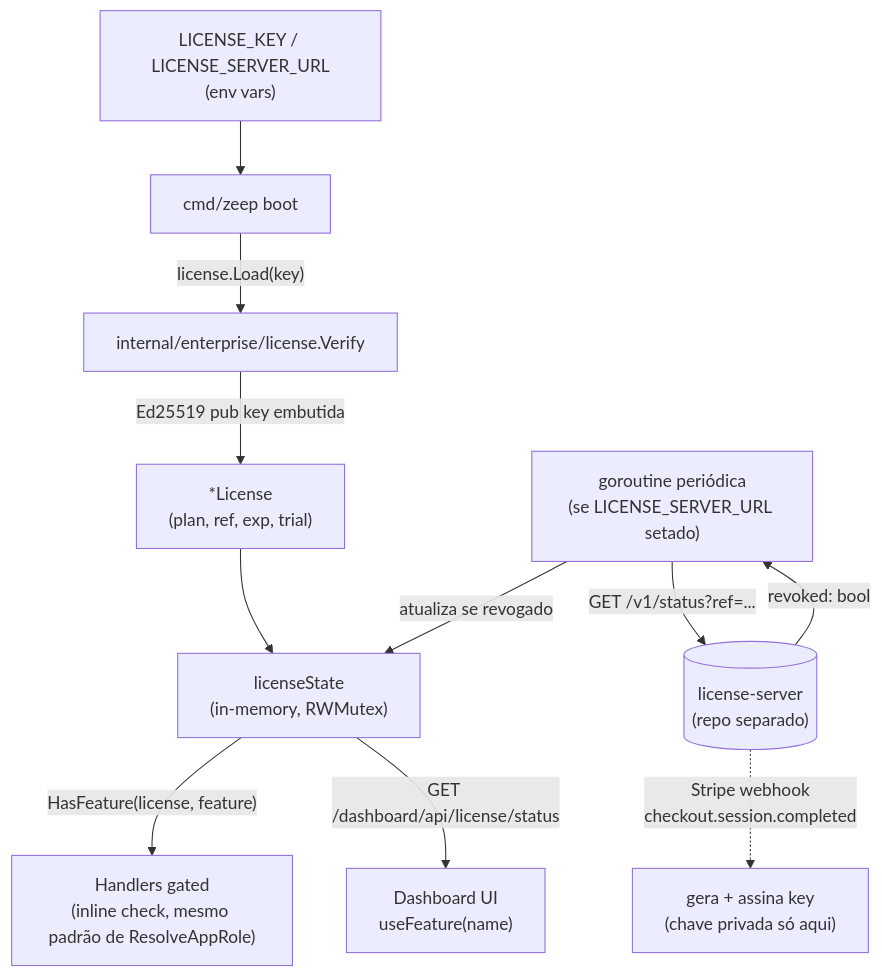
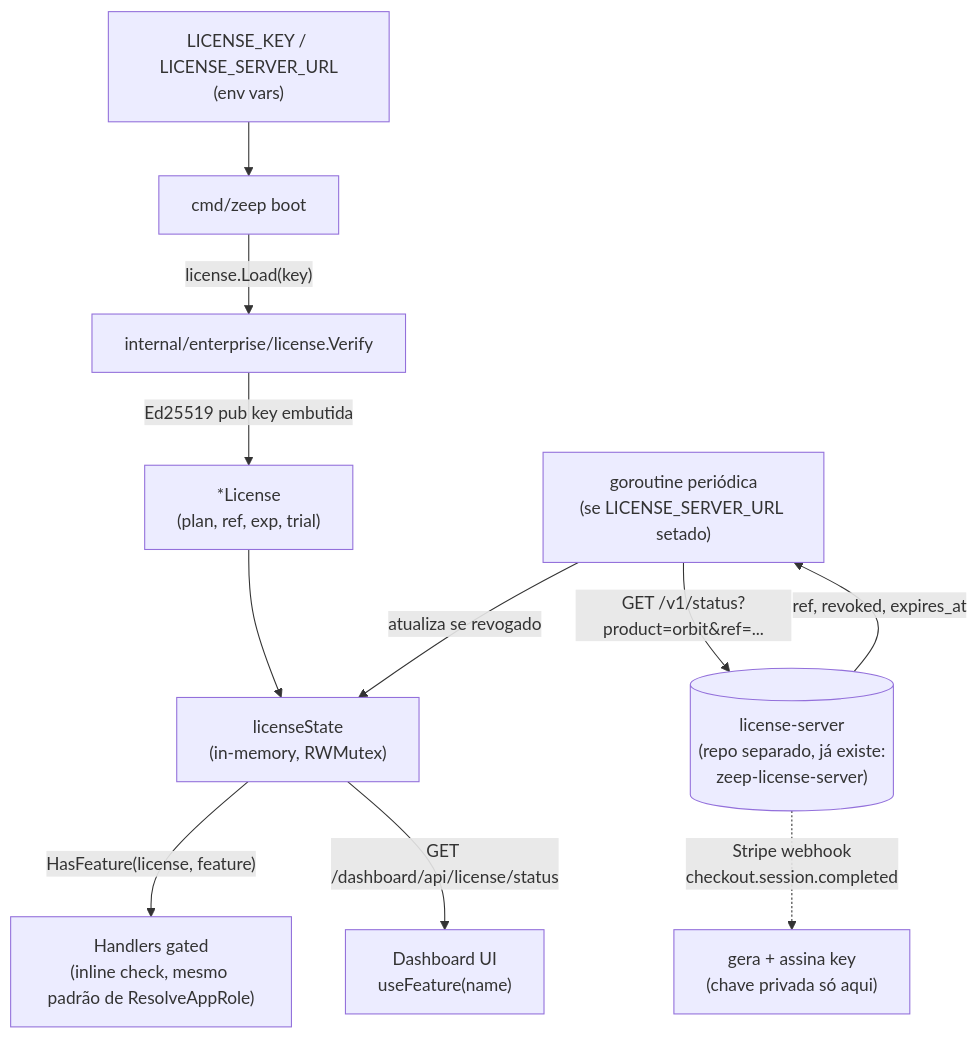
The diagram in .specs/features/enterprise-licensing/design.md (zeeplabs/zeep-orbit), drawn with Mermaid before and after one commit. The commit also changed other lines of this file and 7 other files, not shown here.

First line of the commit message:
docs(enterprise-licensing): update design document with real contract details verified against `zeep-license-server` and clarify license payload structure

````diff
--- a/.specs/features/enterprise-licensing/design.md
+++ b/.specs/features/enterprise-licensing/design.md
@@ -12,13 +12,13 @@
 ```mermaid
 graph TD
     ENV["LICENSE_KEY / LICENSE_SERVER_URL\n(env vars)"] --> BOOT[cmd/zeep boot]
     BOOT -->|"license.Load(key)"| VERIFY[internal/enterprise/license.Verify]
     VERIFY -->|"Ed25519 pub key embutida"| RESULT["*License\n(plan, ref, exp, trial)"]
     RESULT --> STATE["licenseState\n(in-memory, RWMutex)"]
-    REFRESH["goroutine periódica\n(se LICENSE_SERVER_URL setado)"] -->|"GET /v1/status?ref=..."| LS[("license-server\n(repo separado)")]
-    LS -->|"revoked: bool"| REFRESH
+    REFRESH["goroutine periódica\n(se LICENSE_SERVER_URL setado)"] -->|"GET /v1/status?product=orbit&ref=..."| LS[("license-server\n(repo separado, já existe:\nzeep-license-server)")]
+    LS -->|"ref, revoked, expires_at"| REFRESH
     REFRESH -->|"atualiza se revogado"| STATE
     STATE -->|"HasFeature(license, feature)"| HANDLERS["Handlers gated\n(inline check, mesmo padrão de ResolveAppRole)"]
     STATE -->|"GET /dashboard/api/license/status"| UI["Dashboard UI\nuseFeature(name)"]
     LS -.->|"Stripe webhook\ncheckout.session.completed"| ISSUE["gera + assina key\n(chave privada só aqui)"]
 ```
````
